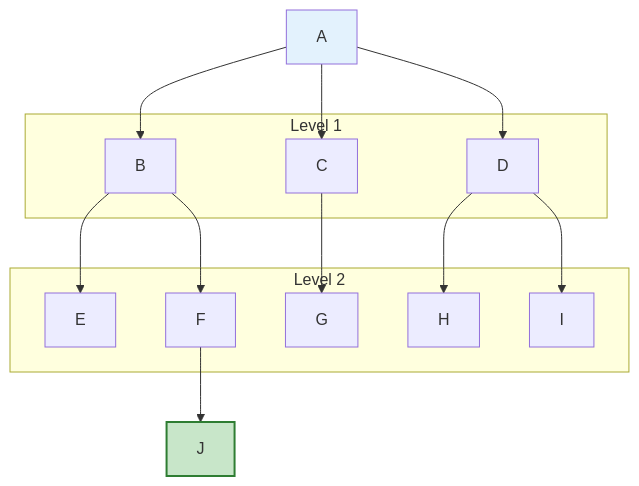
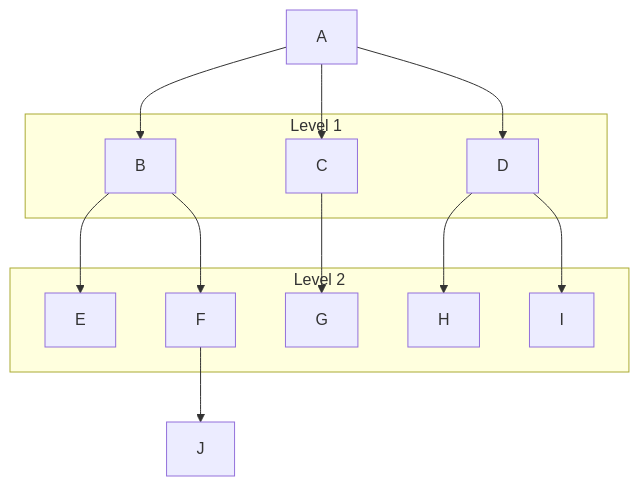
Before and after one commit to antonprafanto/dasarAI2026: the first of 12 diagrams in bab-04-pencarian.md, drawn with Mermaid. The commit also changed other lines of this file and 8 other files, not shown here.

Commit message:
Fix: Remove custom Mermaid styling for better dark mode visibility

````diff
--- a/bab-04-pencarian.md
+++ b/bab-04-pencarian.md
@@ -46,32 +46,29 @@
 ```mermaid
 graph TD
     Root[A]
     Root --> B[B]
     Root --> C[C]
     Root --> D[D]
 
     B --> E[E]
     B --> F[F]
     C --> G[G]
     D --> H[H]
     D --> I[I]
 
     F --> J[J]
 
-    style Root fill:#e3f2fd
-    style J fill:#c8e6c9,stroke:#2e7d32,stroke-width:2px
-
     subgraph Level1 [Level 1]
     B
     C
     D
     end
 
     subgraph Level2 [Level 2]
     E
     F
     G
     H
     I
     end
 ```
````
